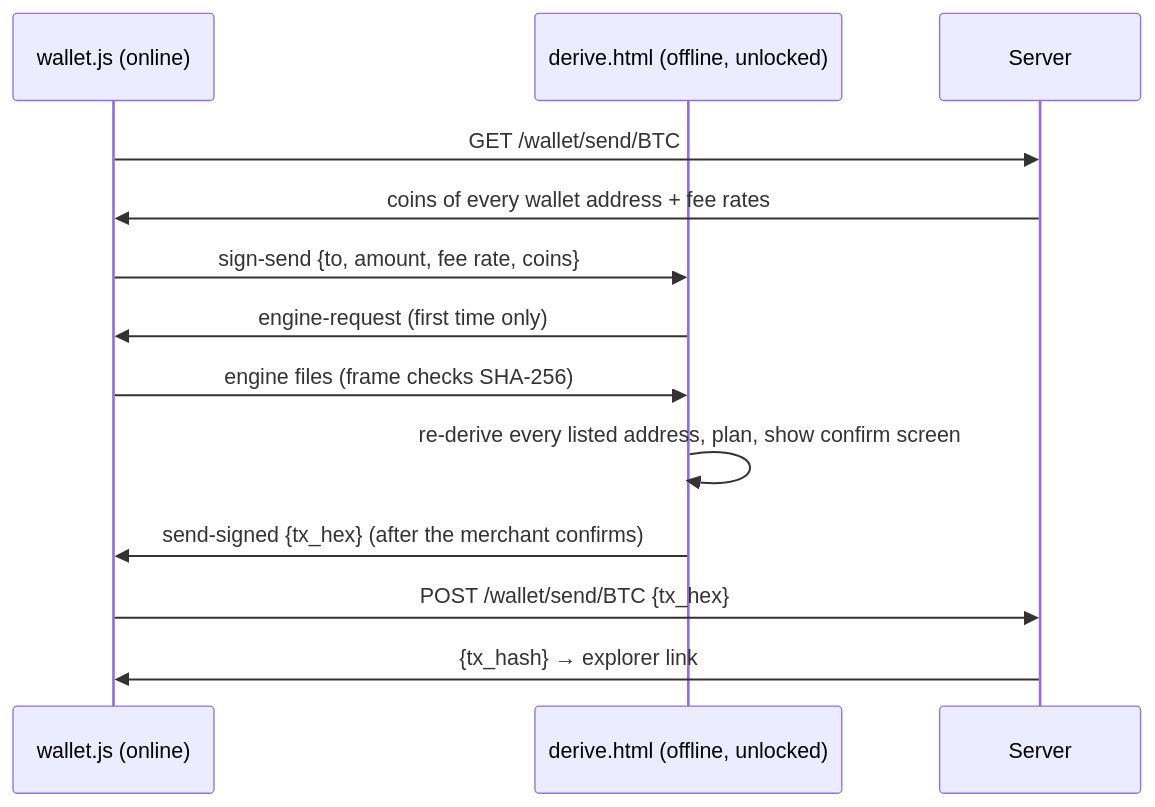
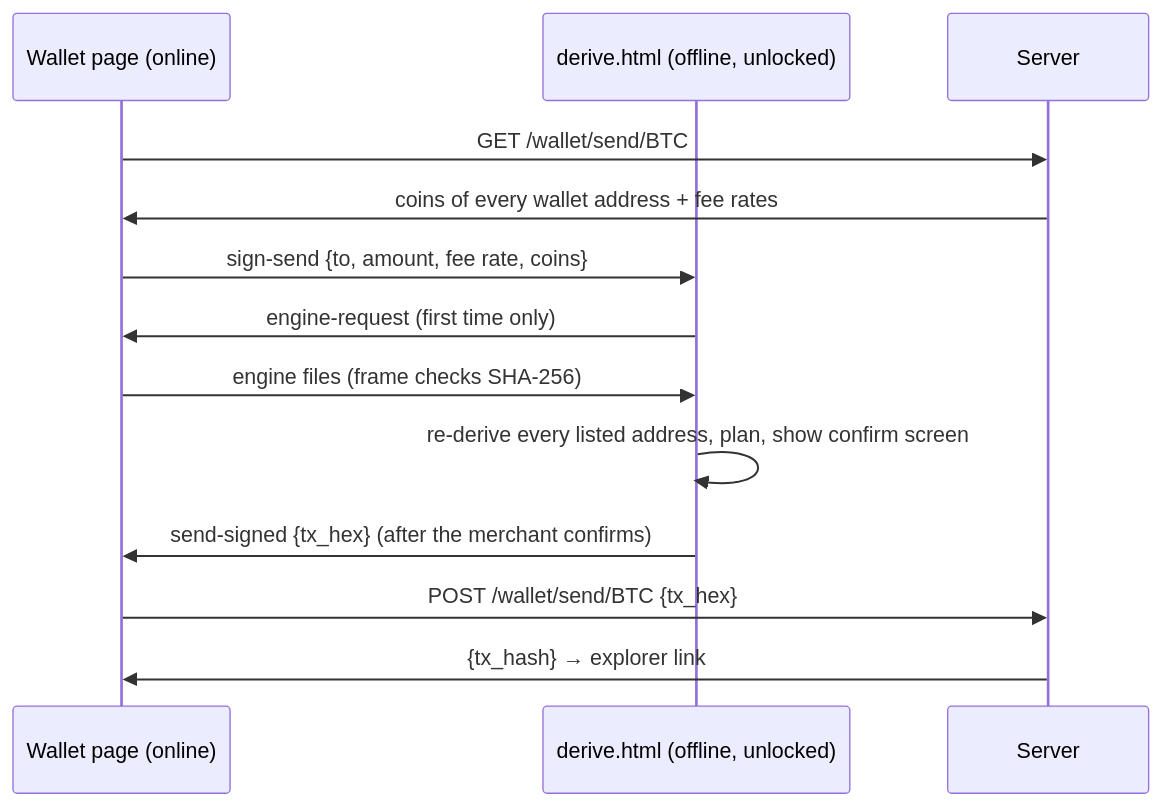
One commit to Macanthony7/Vori changed the second of 3 diagrams in docs/architecture.md. Above: the diagram before and after it, drawn with Mermaid. The commit also changed other lines of this file and 32 other files, not shown here.

````diff
--- a/docs/architecture.md
+++ b/docs/architecture.md
@@ -74,15 +74,15 @@
 ```mermaid
 sequenceDiagram
-    participant P as wallet.js (online)
+    participant P as Wallet page (online)
     participant F as derive.html (offline, unlocked)
     participant S as Server
     P->>S: GET /wallet/send/BTC
     S->>P: coins of every wallet address + fee rates
     P->>F: sign-send {to, amount, fee rate, coins}
     F->>P: engine-request (first time only)
     P->>F: engine files (frame checks SHA-256)
     F->>F: re-derive every listed address, plan, show confirm screen
     F->>P: send-signed {tx_hex} (after the merchant confirms)
     P->>S: POST /wallet/send/BTC {tx_hex}
     S->>P: {tx_hash} → explorer link
 ```
````
